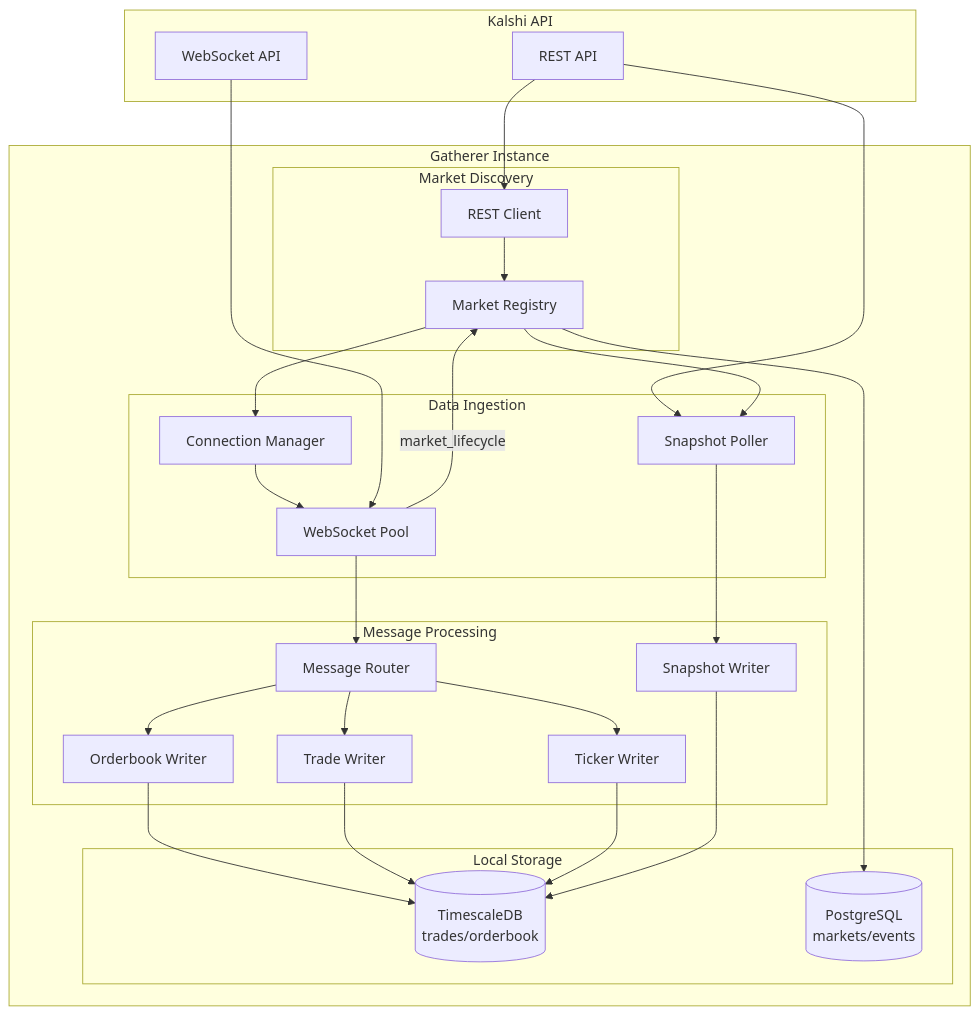
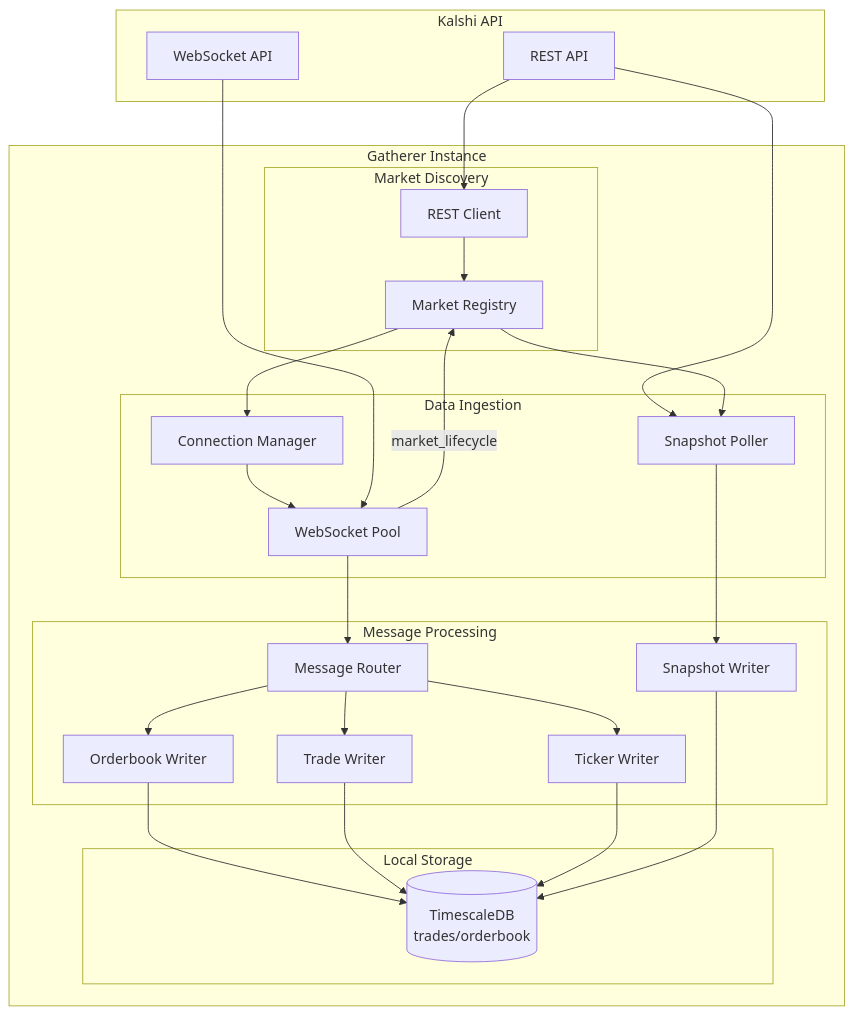
The second of 2 diagrams in docs/kalshi-data/architecture/system-design.md (Projectsrxg/kalshi_v2), drawn with Mermaid before and after one commit. The commit also changed other lines of this file and 27 other files, not shown here.

````diff
--- a/docs/kalshi-data/architecture/system-design.md
+++ b/docs/kalshi-data/architecture/system-design.md
@@ -49,52 +41,50 @@
 ```mermaid
 flowchart TD
     subgraph Gatherer["Gatherer Instance"]
         subgraph Discovery["Market Discovery"]
             MR[Market Registry]
             REST[REST Client]
         end
 
         subgraph Ingestion["Data Ingestion"]
             CM[Connection Manager]
             WS[WebSocket Pool]
             SP[Snapshot Poller]
         end
 
         subgraph Processing["Message Processing"]
             ROUTER[Message Router]
             OW[Orderbook Writer]
             TW[Trade Writer]
             TK[Ticker Writer]
             SW[Snapshot Writer]
         end
 
         subgraph Storage["Local Storage"]
             TS[(TimescaleDB\ntrades/orderbook)]
-            PG[(PostgreSQL\nmarkets/events)]
         end
     end
 
     subgraph Kalshi["Kalshi API"]
         KREST[REST API]
         KWS[WebSocket API]
     end
 
     KREST --> REST
     KREST --> SP
     REST --> MR
     MR --> CM
     MR --> SP
     CM --> WS
     KWS --> WS
     WS --> ROUTER
     WS -->|market_lifecycle| MR
     ROUTER --> OW
     ROUTER --> TW
     ROUTER --> TK
     SP --> SW
     OW --> TS
     TW --> TS
     TK --> TS
     SW --> TS
-    MR --> PG
 ```
````
